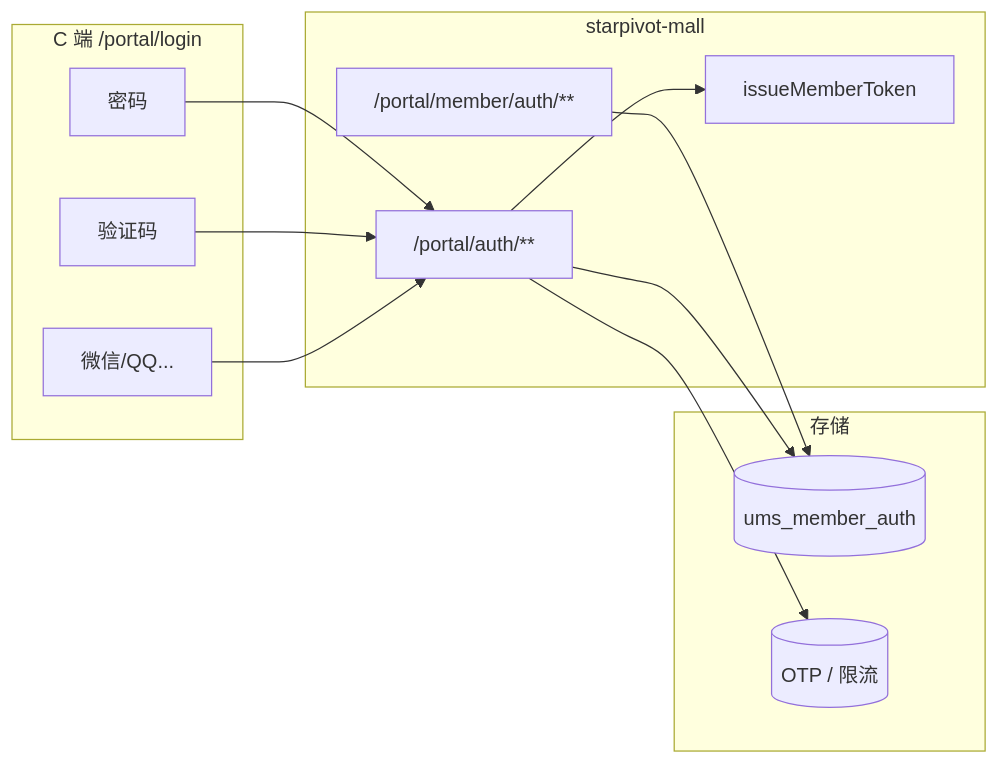
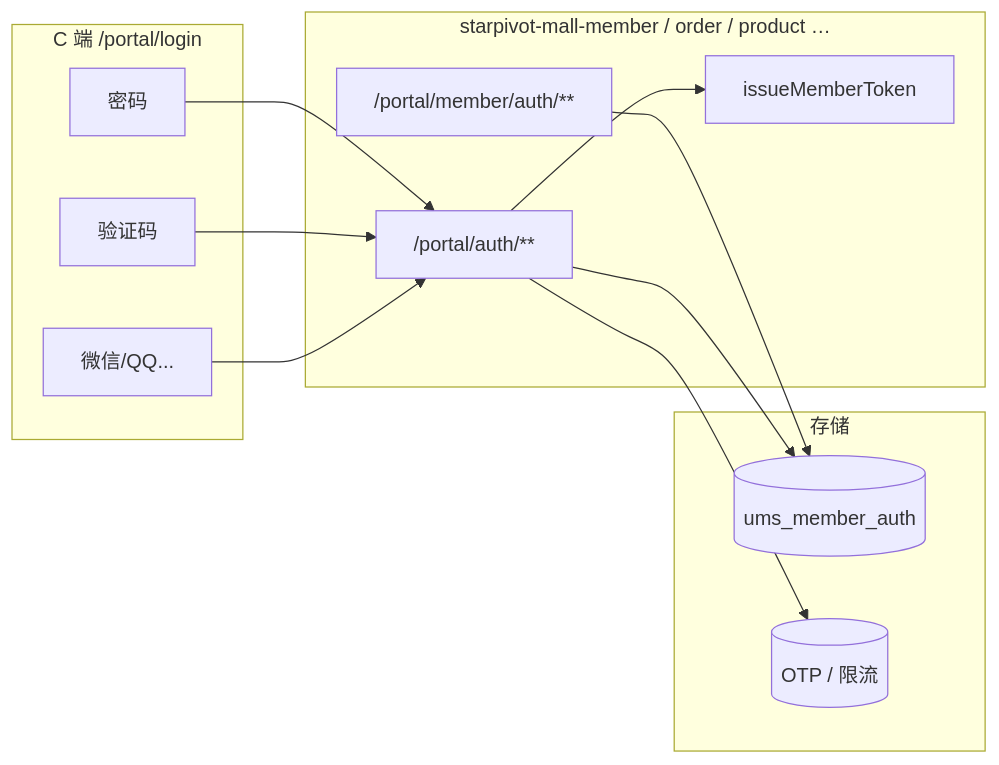
One commit to xinxin-star1998/starpivot-cloud changed the diagram in docs/doc/portal-auth-design.md. Above: the diagram before and after it, drawn with Mermaid. The commit also changed other lines of this file and 27 other files, not shown here.

````diff
--- a/docs/doc/portal-auth-design.md
+++ b/docs/doc/portal-auth-design.md
@@ -97,27 +97,27 @@
 ```mermaid
 flowchart LR
   subgraph UI["C 端 /portal/login"]
     PWD[密码]
     SMS[验证码]
     OAuth[微信/QQ...]
   end
 
-  subgraph Mall["starpivot-mall"]
+  subgraph Mall["starpivot-mall-member / order / product …"]
     Auth["/portal/auth/**"]
     Bind["/portal/member/auth/**"]
     Token[issueMemberToken]
   end
 
   subgraph Store["存储"]
     DB[(ums_member_auth)]
     Redis[(OTP / 限流)]
   end
 
   PWD --> Auth
   SMS --> Auth
   OAuth --> Auth
   Auth --> Token
   Bind --> DB
   Auth --> DB
   Auth --> Redis
 ```
````
